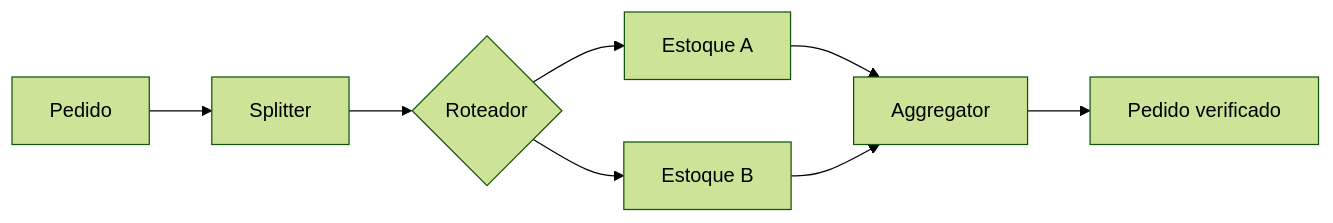
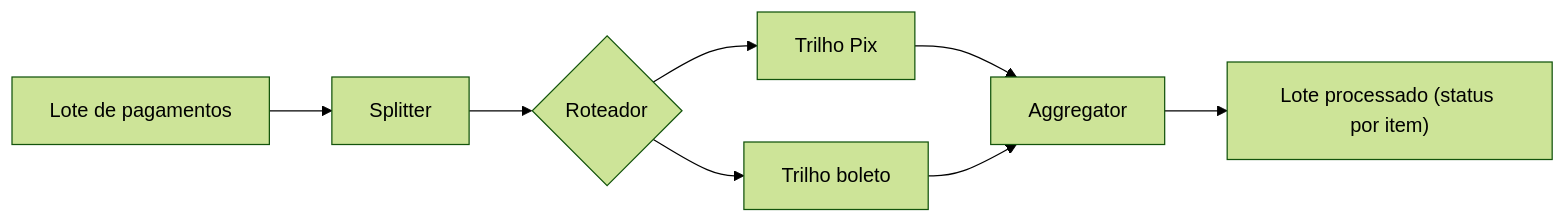
Before and after one commit to alancesar/design-patterns: the diagram in docs/architecture/eip/message-routing/composed-message-processor.md, drawn with Mermaid (forest theme). The commit also changed other lines of this file and 11 other files, not shown here.

Commit message:
Switch eip concrete diagrams to fintech scenarios

````diff
--- a/docs/architecture/eip/message-routing/composed-message-processor.md
+++ b/docs/architecture/eip/message-routing/composed-message-processor.md
@@ -49,10 +49,10 @@
 ```mermaid
 flowchart LR
-    M["Pedido"] --> S["Splitter"]
+    M["Lote de pagamentos"] --> S["Splitter"]
     S --> R{"Roteador"}
-    R --> A["Estoque A"]
-    R --> B["Estoque B"]
+    R --> A["Trilho Pix"]
+    R --> B["Trilho boleto"]
     A --> AG["Aggregator"]
     B --> AG
-    AG --> O["Pedido verificado"]
+    AG --> O["Lote processado (status por item)"]
 ```
````
